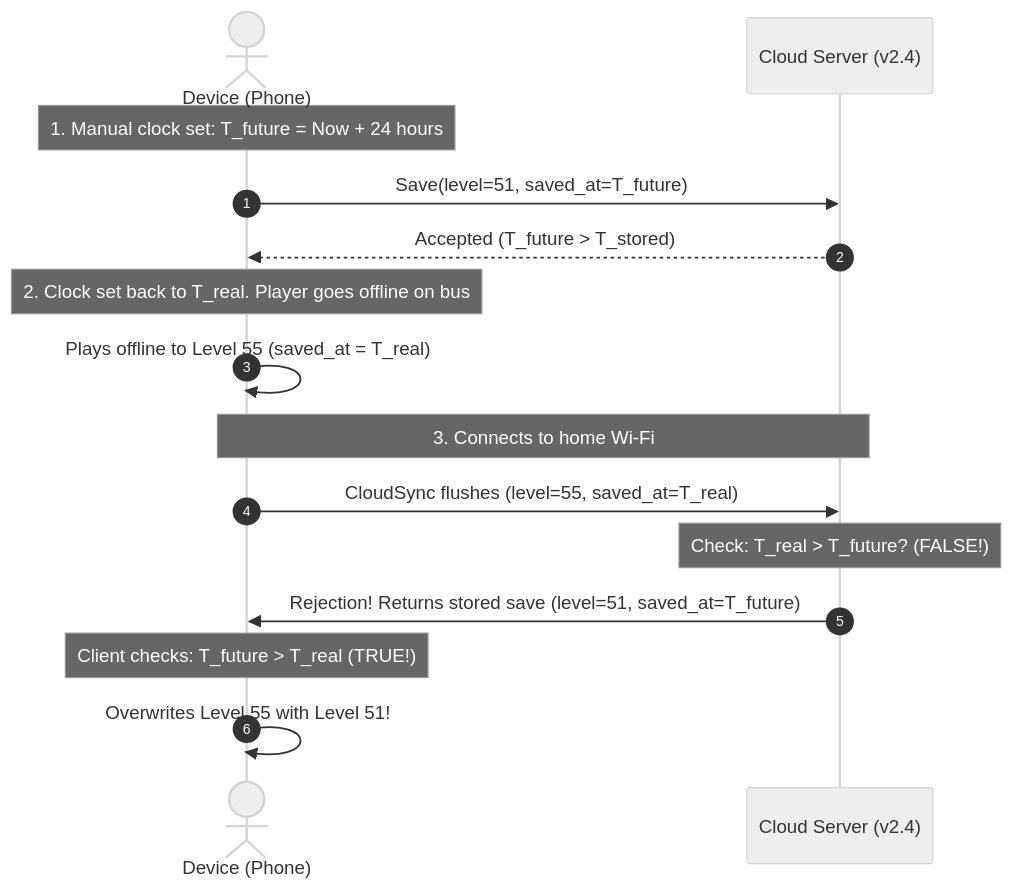
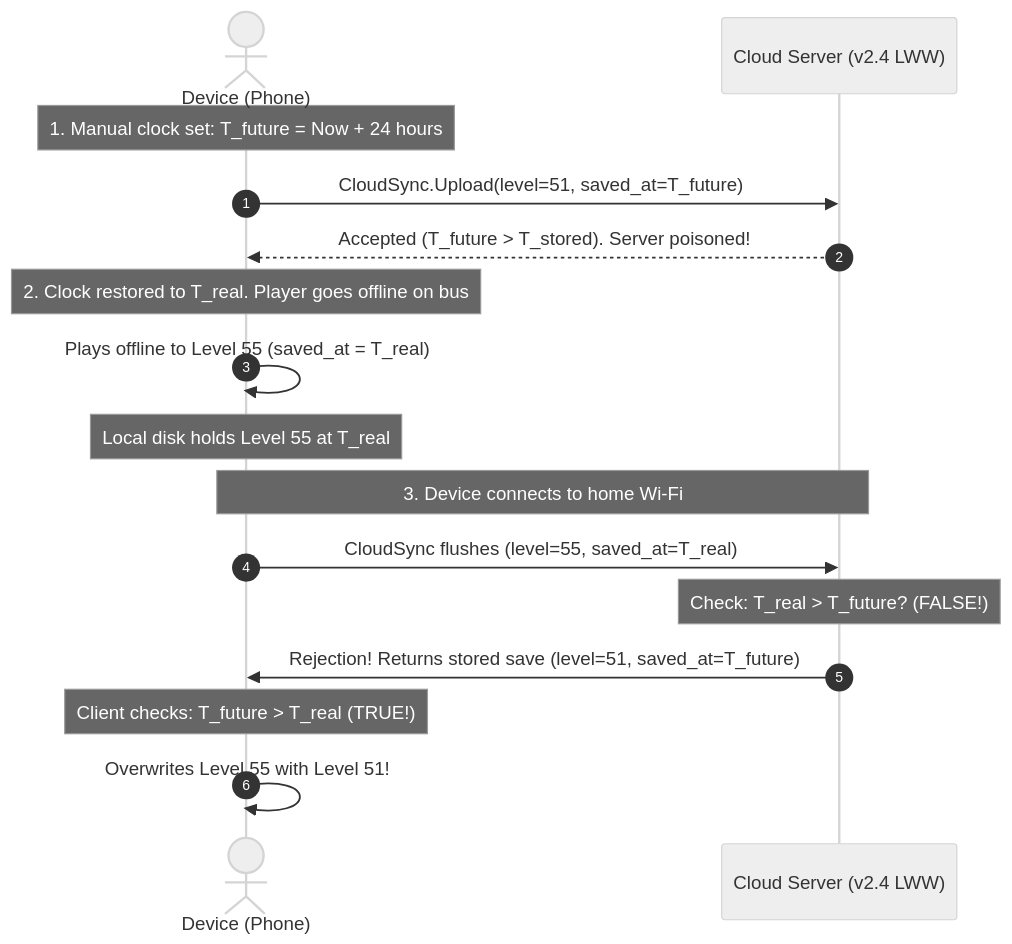
The second of 4 diagrams in submission/Chaos_Engine_Labs_Assignment.md (aaditya156/merge-kingdom-v25), drawn with Mermaid (neutral theme) before and after one commit. The commit also changed other lines of this file and 1 other file, not shown here.

````diff
--- a/submission/Chaos_Engine_Labs_Assignment.md
+++ b/submission/Chaos_Engine_Labs_Assignment.md
@@ -116,20 +138,21 @@
 ```mermaid
 sequenceDiagram
     autonumber
     actor Client as Device (Phone)
-    participant Server as Cloud Server (v2.4)
+    participant Server as Cloud Server (v2.4 LWW)
 
     Note over Client: 1. Manual clock set: T_future = Now + 24 hours
-    Client->>Server: Save(level=51, saved_at=T_future)
-    Server-->>Client: Accepted (T_future > T_stored)
+    Client->>Server: CloudSync.Upload(level=51, saved_at=T_future)
+    Server-->>Client: Accepted (T_future > T_stored). Server poisoned!
     
-    Note over Client: 2. Clock set back to T_real. Player goes offline on bus
+    Note over Client: 2. Clock restored to T_real. Player goes offline on bus
     Client->>Client: Plays offline to Level 55 (saved_at = T_real)
+    Note over Client: Local disk holds Level 55 at T_real
     
-    Note over Client,Server: 3. Connects to home Wi-Fi
+    Note over Client,Server: 3. Device connects to home Wi-Fi
     Client->>Server: CloudSync flushes (level=55, saved_at=T_real)
     Note over Server: Check: T_real > T_future? (FALSE!)
     Server->>Client: Rejection! Returns stored save (level=51, saved_at=T_future)
     Note over Client: Client checks: T_future > T_real (TRUE!)
     Client->>Client: Overwrites Level 55 with Level 51!
 ```
````
